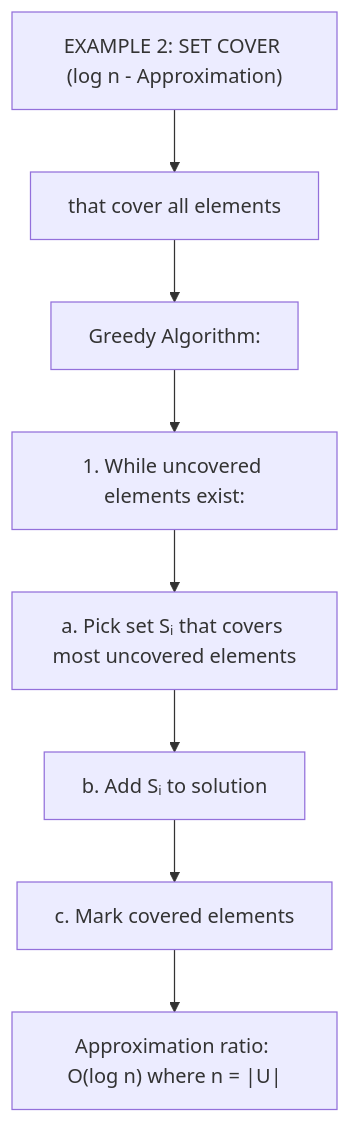
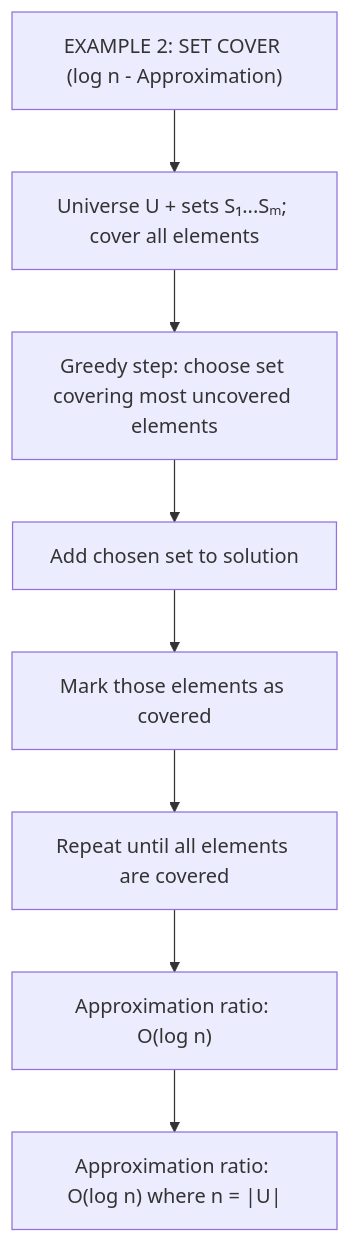
The first of 6 diagrams in 03_Algorithms/06e_Algorithm_Patterns.md (SaiHarsha502vvit/Daily-Prep), drawn with Mermaid before and after one commit. The commit also changed other lines of this file and 371 other files, not shown here.

Commit message:
docs: refine flow blocks and readability across prep notes

````diff
--- a/03_Algorithms/06e_Algorithm_Patterns.md
+++ b/03_Algorithms/06e_Algorithm_Patterns.md
@@ -135,18 +127,18 @@
 ```mermaid
 flowchart TD
     N1["EXAMPLE 2: SET COVER (log n - Approximation)"]
-    N2["that cover all elements"]
-    N3["Greedy Algorithm:"]
-    N4["1. While uncovered elements exist:"]
-    N5["a. Pick set Sᵢ that covers most uncovered elements"]
-    N6["b. Add Sᵢ to solution"]
-    N7["c. Mark covered elements"]
+    N2["Universe U + sets S₁...Sₘ; cover all elements"]
+    N3["Greedy step: choose set covering most uncovered elements"]
+    N4["Add chosen set to solution"]
+    N5["Mark those elements as covered"]
+    N6["Repeat until all elements are covered"]
+    N7["Approximation ratio: O(log n)"]
     N8["Approximation ratio: O(log n) where n = |U|"]
     N1 --> N2
     N2 --> N3
     N3 --> N4
     N4 --> N5
     N5 --> N6
     N6 --> N7
     N7 --> N8
 ```
````
